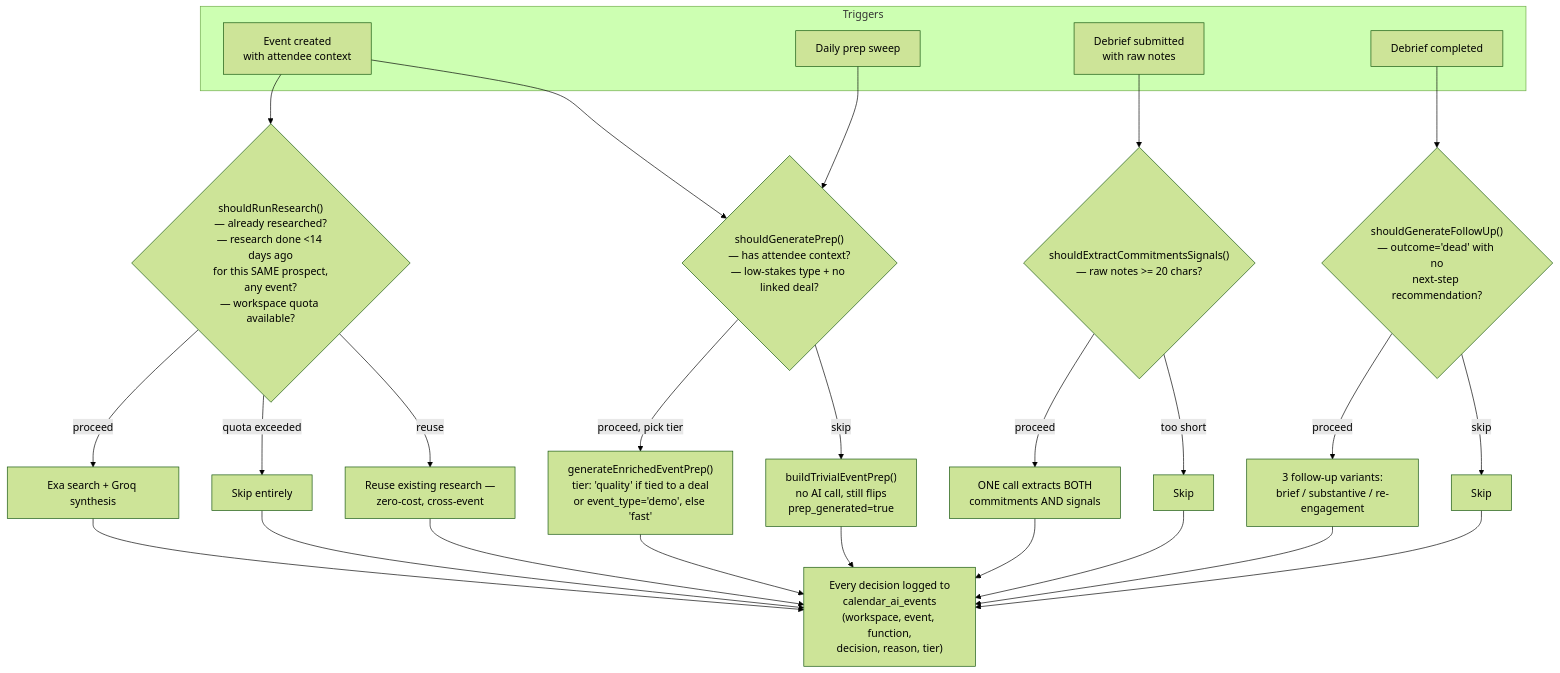
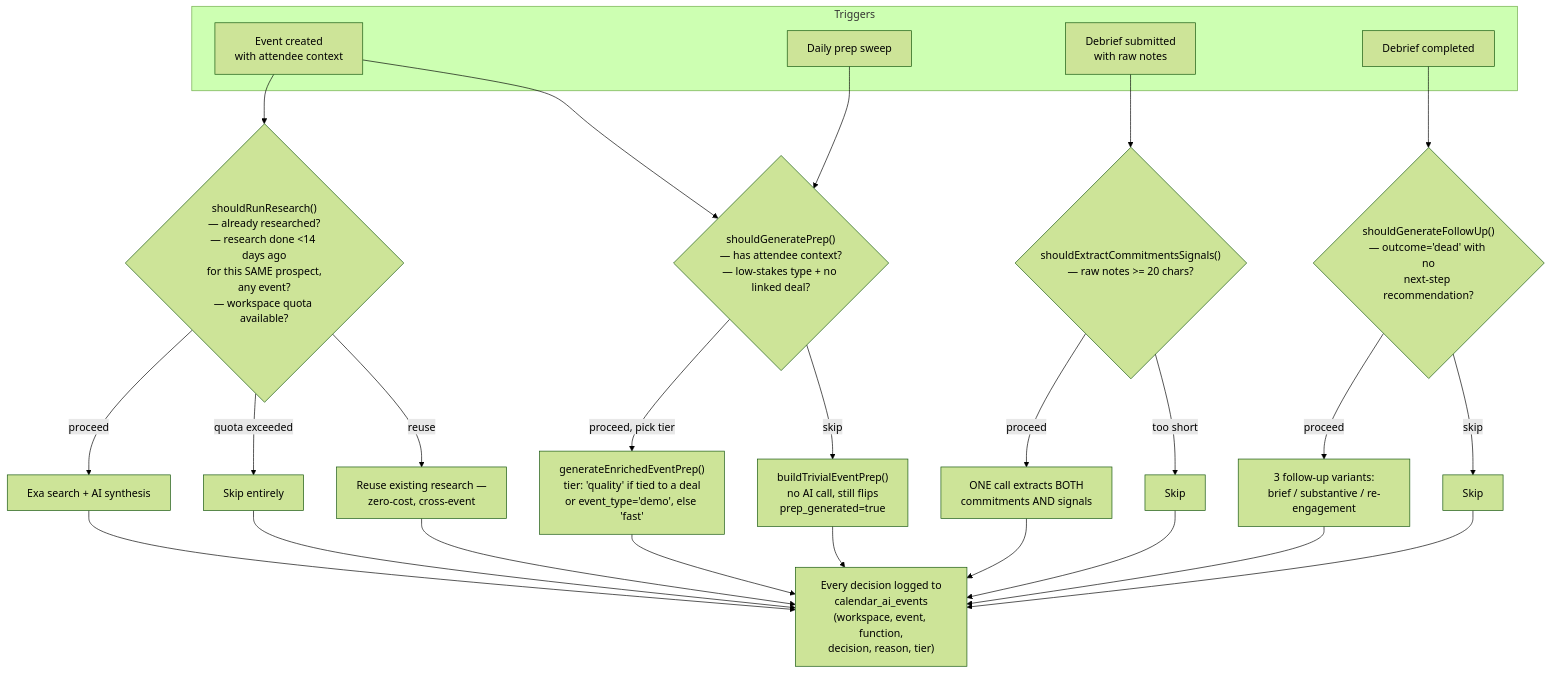
The sixth of 8 diagrams in ARCHITECTURE.md (Devpaul-01/Foundersales), drawn with Mermaid (forest theme) before and after one commit. The commit also changed other lines of this file and 4 other files, not shown here.

````diff
--- a/ARCHITECTURE.md
+++ b/ARCHITECTURE.md
@@ -285,28 +300,28 @@
 ```mermaid
 flowchart TB
     subgraph Triggers
         T1["Event created\nwith attendee context"]
         T2["Daily prep sweep"]
         T3["Debrief submitted\nwith raw notes"]
         T4["Debrief completed"]
     end
 
     T1 & T2 --> G1{"shouldGeneratePrep()\n— has attendee context?\n— low-stakes type + no linked deal?"}
     G1 -->|skip| P1["buildTrivialEventPrep()\nno AI call, still flips\nprep_generated=true"]
     G1 -->|proceed, pick tier| P2["generateEnrichedEventPrep()\ntier: 'quality' if tied to a deal\nor event_type='demo', else 'fast'"]
 
     T1 --> G2{"shouldRunResearch()\n— already researched?\n— research done <14 days ago\nfor this SAME prospect,\nany event?\n— workspace quota available?"}
     G2 -->|reuse| P3["Reuse existing research —\nzero-cost, cross-event"]
     G2 -->|quota exceeded| P4["Skip entirely"]
-    G2 -->|proceed| P5["Exa search + Groq synthesis"]
+    G2 -->|proceed| P5["Exa search + AI synthesis"]
 
     T3 --> G3{"shouldExtractCommitmentsSignals()\n— raw notes >= 20 chars?"}
     G3 -->|too short| P6[Skip]
     G3 -->|proceed| P7["ONE call extracts BOTH\ncommitments AND signals"]
 
     T4 --> G4{"shouldGenerateFollowUp()\n— outcome='dead' with no\nnext-step recommendation?"}
     G4 -->|skip| P8[Skip]
     G4 -->|proceed| P9["3 follow-up variants:\nbrief / substantive / re-engagement"]
 
     P1 & P2 & P3 & P4 & P5 & P6 & P7 & P8 & P9 --> LOG["Every decision logged to\ncalendar_ai_events\n(workspace, event, function,\ndecision, reason, tier)"]
 ```
````
